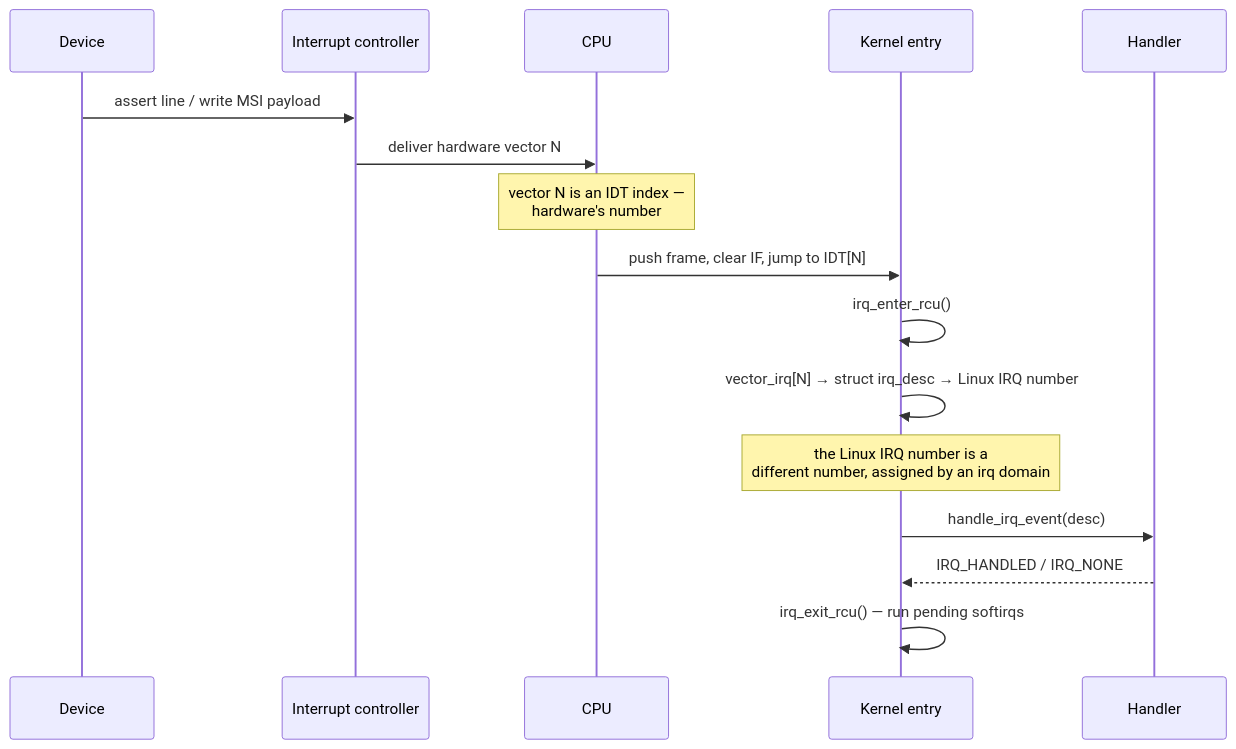
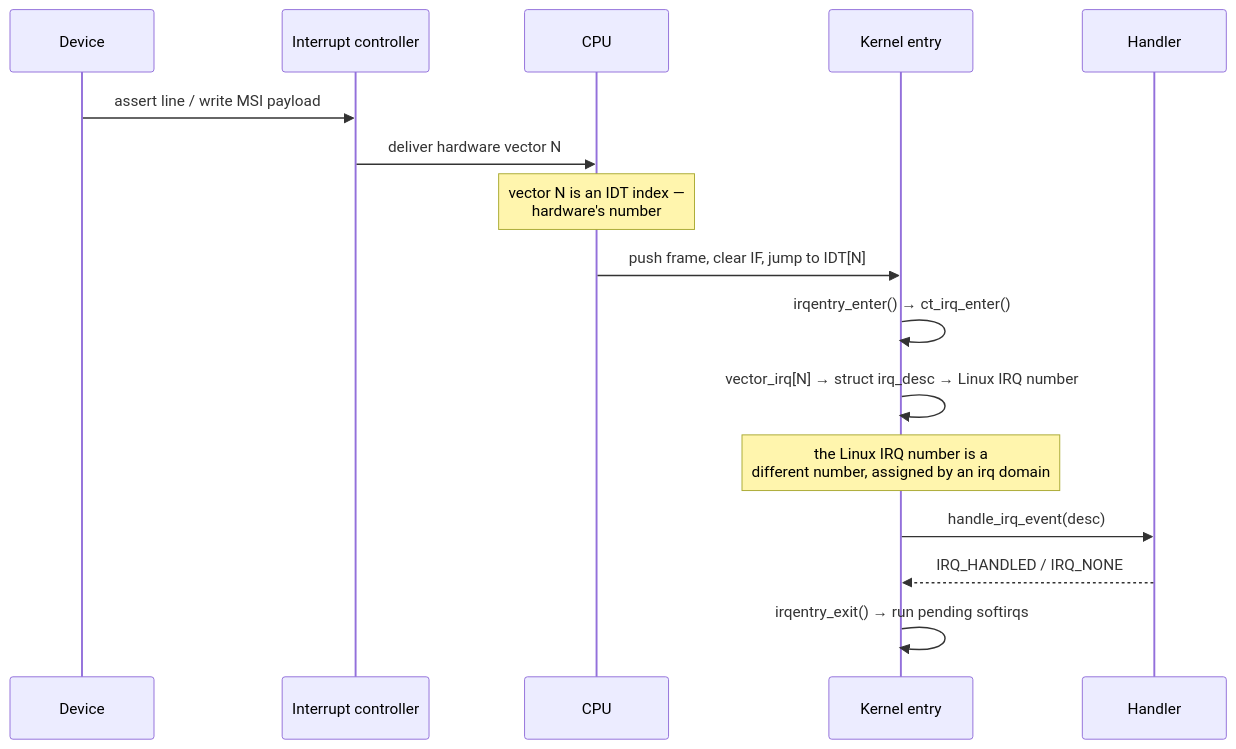
The diagram in docs/linux/10-interrupts-time-and-deferred-work/how-an-interrupt-reaches-the-kernel.md (AndriiSonsiadlo/knowledge-base), drawn with Mermaid before and after one commit. The commit also changed other lines of this file, not shown here.

Commit message:
fix: correct irq_enter/irq_exit call chain claim

````diff
--- a/docs/linux/10-interrupts-time-and-deferred-work/how-an-interrupt-reaches-the-kernel.md
+++ b/docs/linux/10-interrupts-time-and-deferred-work/how-an-interrupt-reaches-the-kernel.md
@@ -57,19 +57,19 @@
 ```mermaid
 sequenceDiagram
     participant Dev as Device
     participant IC as Interrupt controller
     participant CPU as CPU
     participant Entry as Kernel entry
     participant H as Handler
 
     Dev->>IC: assert line / write MSI payload
     IC->>CPU: deliver hardware vector N
     Note over CPU: vector N is an IDT index —<br/>hardware's number
     CPU->>Entry: push frame, clear IF, jump to IDT[N]
-    Entry->>Entry: irq_enter_rcu()
+    Entry->>Entry: irqentry_enter() → ct_irq_enter()
     Entry->>Entry: vector_irq[N] → struct irq_desc → Linux IRQ number
     Note over Entry: the Linux IRQ number is a<br/>different number, assigned by an irq domain
     Entry->>H: handle_irq_event(desc)
     H-->>Entry: IRQ_HANDLED / IRQ_NONE
-    Entry->>Entry: irq_exit_rcu() — run pending softirqs
+    Entry->>Entry: irqentry_exit() → run pending softirqs
 ```
````
